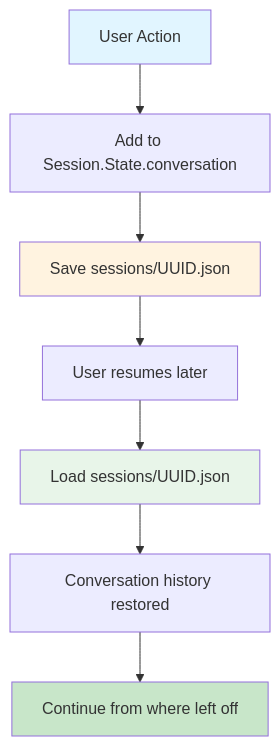
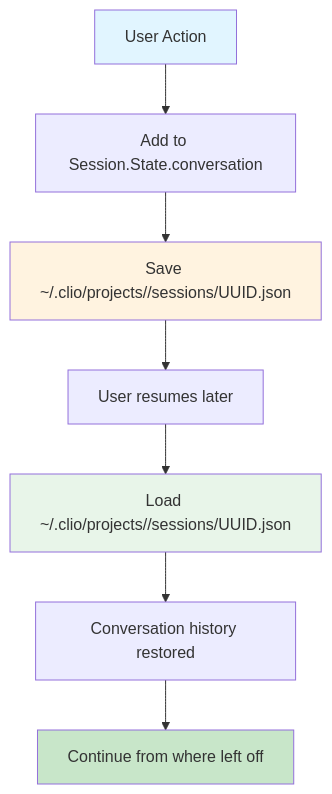
Before and after one commit to SyntheticAutonomicMind/CLIO: the second of 3 diagrams in docs/ARCHITECTURE.md, drawn with Mermaid. The commit also changed other lines of this file and 14 other files, not shown here.

````diff
--- a/docs/ARCHITECTURE.md
+++ b/docs/ARCHITECTURE.md
@@ -466,14 +466,14 @@
 ```mermaid
 graph TD
     A[User Action] --> B[Add to Session.State.conversation]
-    B --> C[Save sessions/UUID.json]
+    B --> C[Save ~/.clio/projects/<uuid>/sessions/UUID.json]
     C --> D[User resumes later]
-    D --> E[Load sessions/UUID.json]
+    D --> E[Load ~/.clio/projects/<uuid>/sessions/UUID.json]
     E --> F[Conversation history restored]
     F --> G[Continue from where left off]
     
     style A fill:#e1f5ff
     style C fill:#fff3e0
     style E fill:#e8f5e9
     style G fill:#c8e6c9
 ```
````
